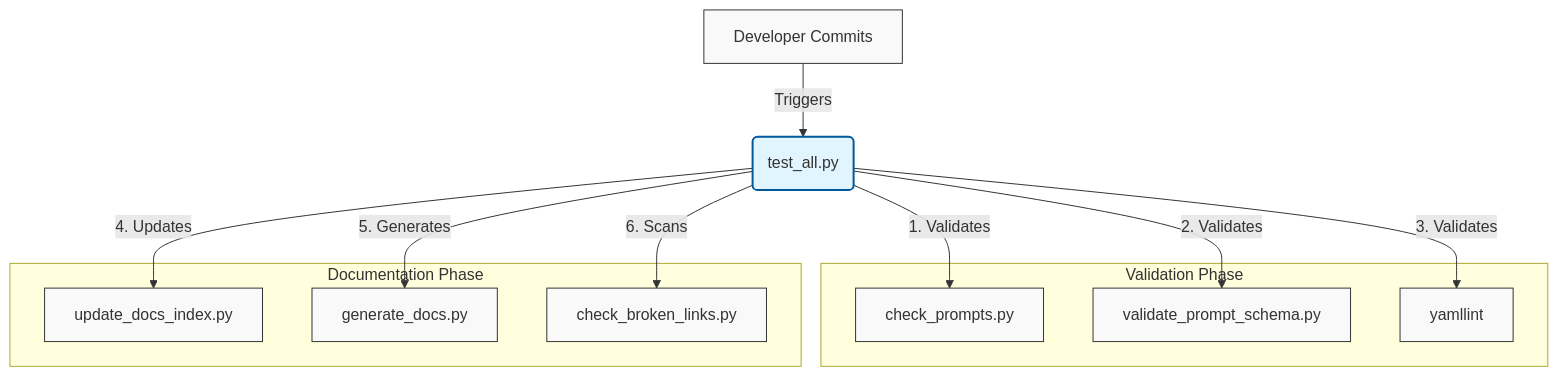
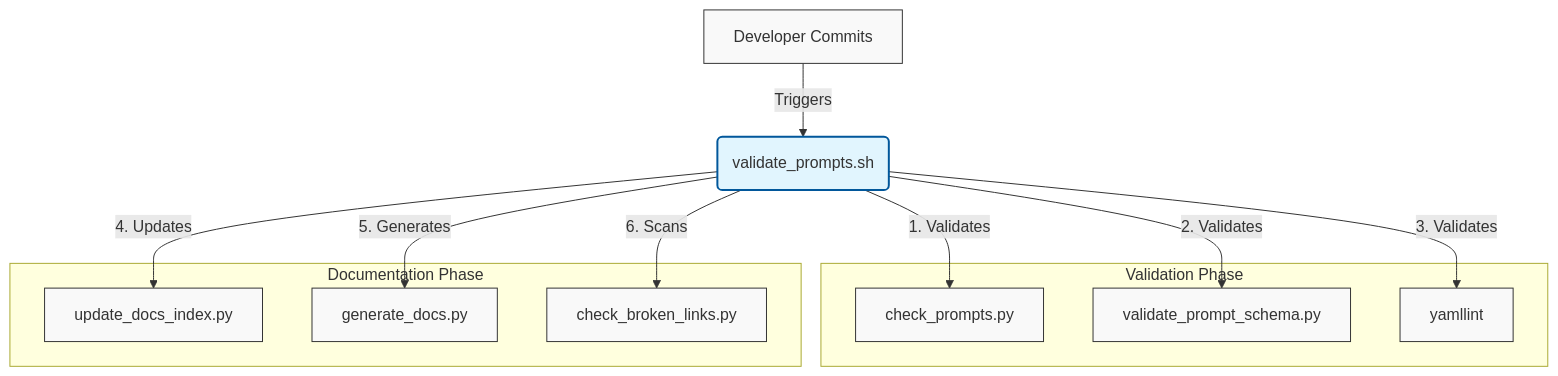
One commit to fderuiter/proompts changed the first of 2 diagrams in tools/tools/scripts/README.md. Above: the diagram before and after it, drawn with Mermaid. The commit also changed other lines of this file and 33 other files, not shown here.

````diff
--- a/tools/tools/scripts/README.md
+++ b/tools/tools/scripts/README.md
@@ -21,29 +21,29 @@
 ```mermaid
 graph TD
     %% Define Nodes
-    A[Developer Commits] -->|Triggers| B(test_all.py)
+    A[Developer Commits] -->|Triggers| B(validate_prompts.sh)
 
     subgraph "Validation Phase"
         C1[check_prompts.py]
         C2[validate_prompt_schema.py]
         C3[yamllint]
     end
 
     subgraph "Documentation Phase"
         D1[update_docs_index.py]
         D2[generate_docs.py]
         D3[check_broken_links.py]
     end
 
     B -->|1. Validates| C1
     B -->|2. Validates| C2
     B -->|3. Validates| C3
 
     B -->|4. Updates| D1
     B -->|5. Generates| D2
     B -->|6. Scans| D3
 
     classDef default fill:#f9f9f9,stroke:#333,stroke-width:1px;
     classDef highlight fill:#e1f5fe,stroke:#01579b,stroke-width:2px;
     class B highlight;
 ```
````
